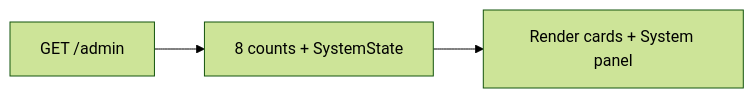
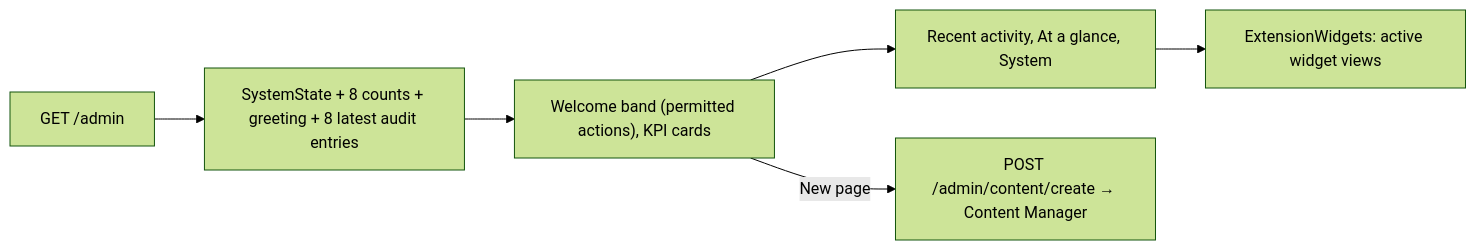
One commit to Albadit/DotNetForge changed the diagram in .docs/pages/dashboard.md. Above: the diagram before and after it, drawn with Mermaid (forest theme). The commit also changed other lines of this file and 454 other files, not shown here.

````diff
--- a/.docs/pages/dashboard.md
+++ b/.docs/pages/dashboard.md
@@ -95,4 +172,6 @@
 ```mermaid
 flowchart LR
-    A["GET /admin"] --> B["8 counts + SystemState"] --> C[Render cards + System panel]
+    A["GET /admin"] --> B["SystemState + 8 counts + greeting + 8 latest audit entries"] --> C["Welcome band (permitted actions), KPI cards"]
+    C --> D["Recent activity, At a glance, System"] --> W["ExtensionWidgets: active widget views"]
+    C -- "New page" --> P["POST /admin/content/create → Content Manager"]
 ```
````
